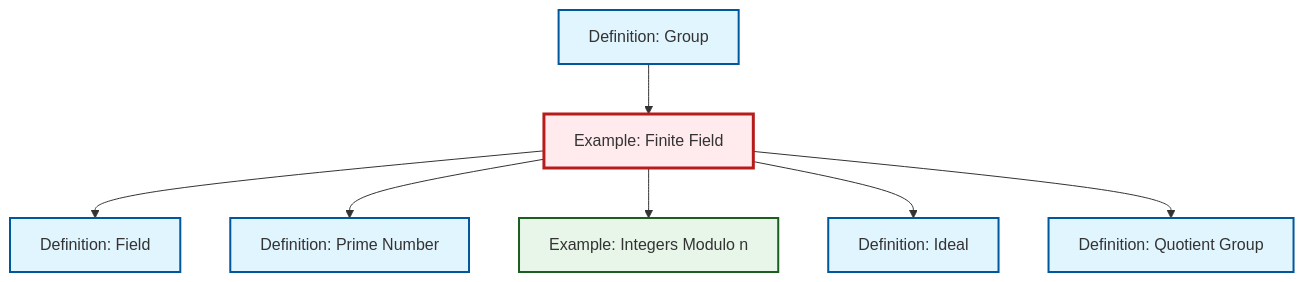
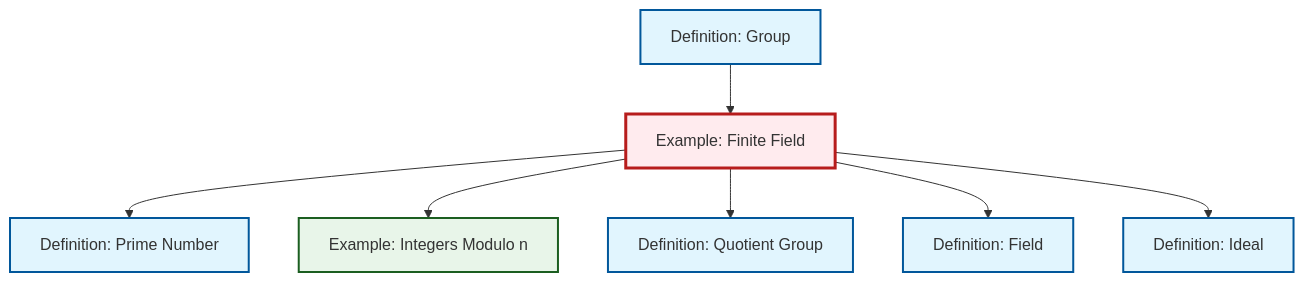
Before and after one commit to RK0429/ModernMath: the diagram in content/en/algebra/ex-finite-field.qmd, drawn with Mermaid. The commit also changed other lines of this file and 531 other files, not shown here.

````diff
--- a/content/en/algebra/ex-finite-field.qmd
+++ b/content/en/algebra/ex-finite-field.qmd
@@ -65,29 +65,29 @@
 ```{mermaid}
 %%| fig-cap: "Local dependency graph"
 graph TD
     classDef definition fill:#e1f5fe,stroke:#01579b,stroke-width:2px
     classDef theorem fill:#f3e5f5,stroke:#4a148c,stroke-width:2px
     classDef axiom fill:#fff3e0,stroke:#e65100,stroke-width:2px
     classDef example fill:#e8f5e9,stroke:#1b5e20,stroke-width:2px
     classDef current fill:#ffebee,stroke:#b71c1c,stroke-width:3px
+    ex-finite-field["Example: Finite Field"]:::example
+    def-ideal["Definition: Ideal"]:::definition
+    def-quotient-group["Definition: Quotient Group"]:::definition
+    def-field["Definition: Field"]:::definition
+    def-group["Definition: Group"]:::definition
+    ex-quotient-integers-mod-n["Example: Integers Modulo n"]:::example
     def-prime["Definition: Prime Number"]:::definition
-    def-field["Definition: Field"]:::definition
-    def-ideal["Definition: Ideal"]:::definition
-    ex-quotient-integers-mod-n["Example: Integers Modulo n"]:::example
-    def-quotient-group["Definition: Quotient Group"]:::definition
-    def-group["Definition: Group"]:::definition
-    ex-finite-field["Example: Finite Field"]:::example
-    ex-finite-field --> def-field
     ex-finite-field --> def-prime
     ex-finite-field --> ex-quotient-integers-mod-n
     def-group --> ex-finite-field
+    ex-finite-field --> def-quotient-group
+    ex-finite-field --> def-field
     ex-finite-field --> def-ideal
-    ex-finite-field --> def-quotient-group
     class ex-finite-field current
+    click def-ideal "def-ideal.html" "Go to Ideal definition"
+    click def-quotient-group "def-quotient-group.html" "Go to Quotient Group definition"
+    click def-field "def-field.html" "Go to Field definition"
+    click def-group "def-group.html" "Go to Group definition"
+    click ex-quotient-integers-mod-n "ex-quotient-integers-mod-n.html" "Go to Integers Modulo n example"
     click def-prime "def-prime.html" "Go to Prime Number definition"
-    click def-field "def-field.html" "Go to Field definition"
-    click def-ideal "def-ideal.html" "Go to Ideal definition"
-    click ex-quotient-integers-mod-n "ex-quotient-integers-mod-n.html" "Go to Integers Modulo n example"
-    click def-quotient-group "def-quotient-group.html" "Go to Quotient Group definition"
-    click def-group "def-group.html" "Go to Group definition"
 ```
````
